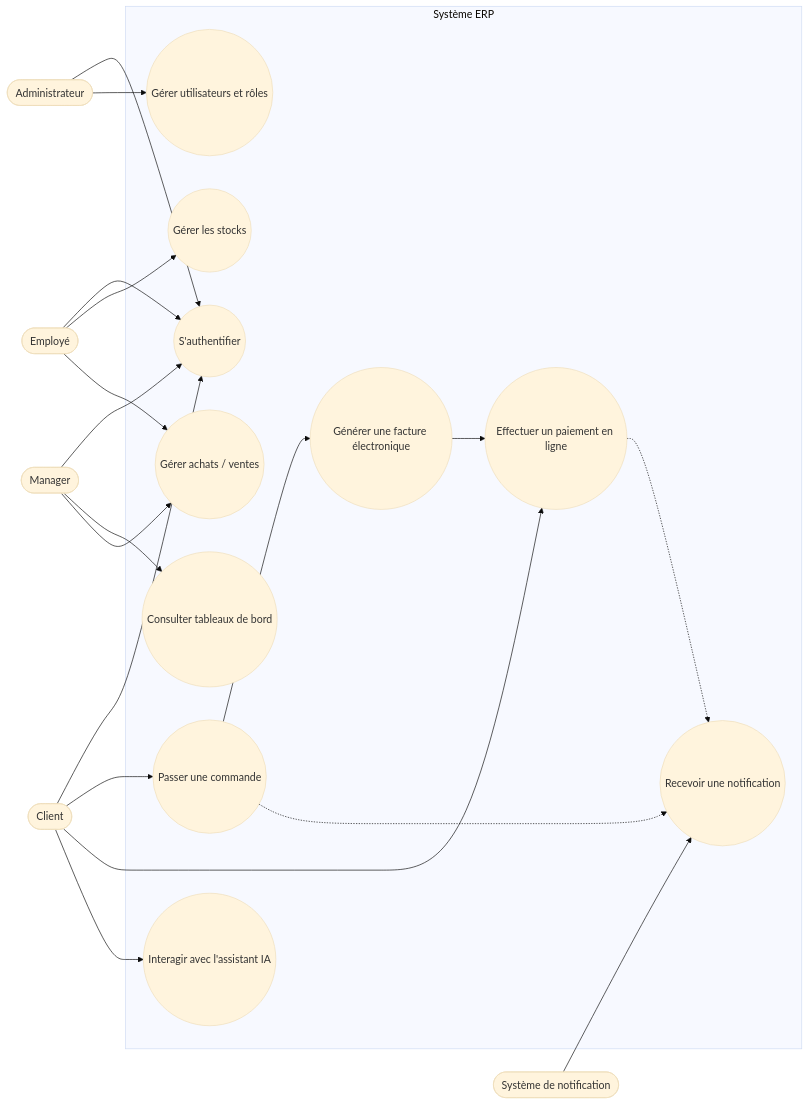
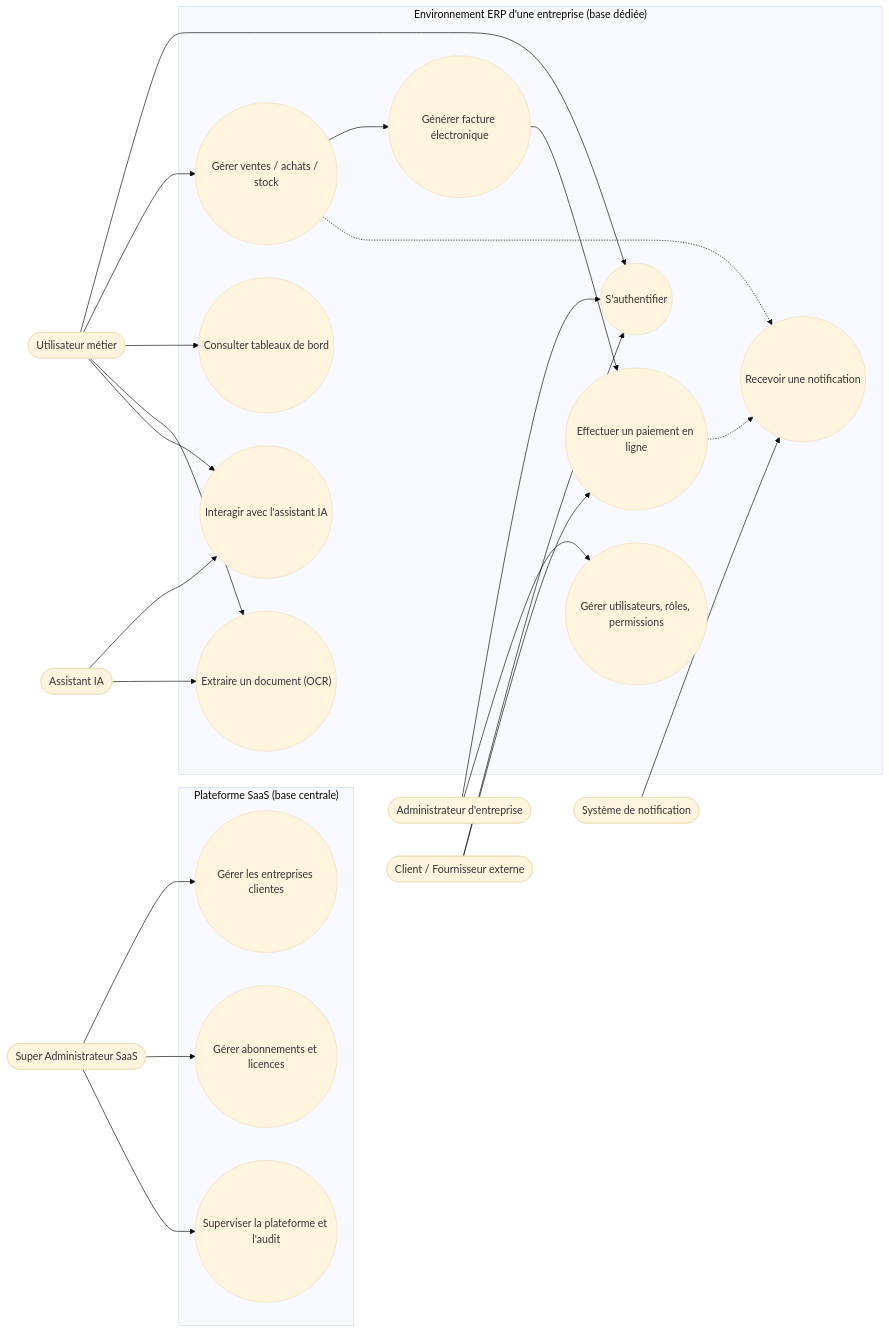
The diagram in docs/uml/01-diagramme-cas-utilisation.md (safouatehafsa6/Plateforme-ERP-web-avec-Data-Engineering-et-IA), drawn with Mermaid (base theme) before and after one commit. The commit also changed other lines of this file, not shown here.

Commit message:
Ajout diagramme de cas d'utilisation

````diff
--- a/docs/uml/01-diagramme-cas-utilisation.md
+++ b/docs/uml/01-diagramme-cas-utilisation.md
@@ -15,39 +22,49 @@
 ```mermaid
 flowchart LR
-    Admin([Administrateur])
-    Employe([Employé])
-    Manager([Manager])
-    Client([Client])
+    SuperAdmin([Super Administrateur SaaS])
+    AdminEnt([Administrateur d'entreprise])
+    UserMetier([Utilisateur métier])
+    ClientExt([Client / Fournisseur externe])
+    IA([Assistant IA])
     Notif([Système de notification])
 
-    subgraph SYS["Système ERP"]
-        UC1(("S'authentifier"))
-        UC2(("Gérer utilisateurs et rôles"))
-        UC3(("Gérer les stocks"))
-        UC4(("Gérer achats / ventes"))
-        UC5(("Passer une commande"))
-        UC6(("Générer une facture électronique"))
-        UC7(("Effectuer un paiement en ligne"))
-        UC8(("Consulter tableaux de bord"))
-        UC9(("Interagir avec l'assistant IA"))
-        UC10(("Recevoir une notification"))
+    subgraph PLATEFORME["Plateforme SaaS (base centrale)"]
+        UC1(("Gérer les entreprises clientes"))
+        UC2(("Gérer abonnements et licences"))
+        UC3(("Superviser la plateforme et l'audit"))
     end
 
-    Admin --> UC1
-    Admin --> UC2
-    Employe --> UC1
-    Employe --> UC3
-    Employe --> UC4
-    Manager --> UC1
-    Manager --> UC8
-    Manager --> UC4
-    Client --> UC1
-    Client --> UC5
-    Client --> UC7
-    Client --> UC9
-    UC5 --> UC6
+    subgraph ERP["Environnement ERP d'une entreprise (base dédiée)"]
+        UC4(("S'authentifier"))
+        UC5(("Gérer utilisateurs, rôles, permissions"))
+        UC6(("Gérer ventes / achats / stock"))
+        UC7(("Générer facture électronique"))
+        UC8(("Effectuer un paiement en ligne"))
+        UC9(("Consulter tableaux de bord"))
+        UC10(("Interagir avec l'assistant IA"))
+        UC11(("Recevoir une notification"))
+        UC12(("Extraire un document (OCR)"))
+    end
+
+    SuperAdmin --> UC1
+    SuperAdmin --> UC2
+    SuperAdmin --> UC3
+
+    AdminEnt --> UC4
+    AdminEnt --> UC5
+    UserMetier --> UC4
+    UserMetier --> UC6
+    UserMetier --> UC9
+    UserMetier --> UC12
+    ClientExt --> UC4
+    ClientExt --> UC8
+
     UC6 --> UC7
-    UC5 -.-> UC10
-    UC7 -.-> UC10
-    Notif --> UC10
+    UC7 --> UC8
+    UC6 -.-> UC11
+    UC8 -.-> UC11
+    Notif --> UC11
+    IA --> UC10
+    IA --> UC12
+    UserMetier --> UC10
 ```
````
